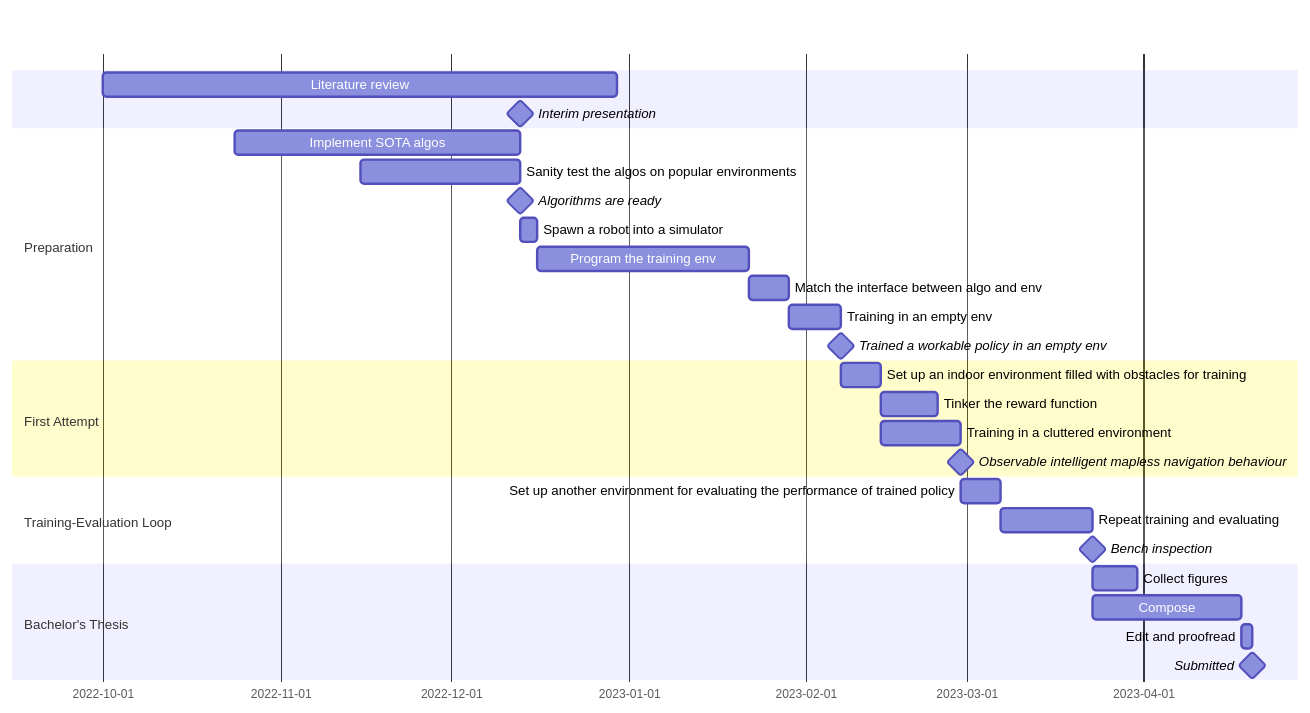
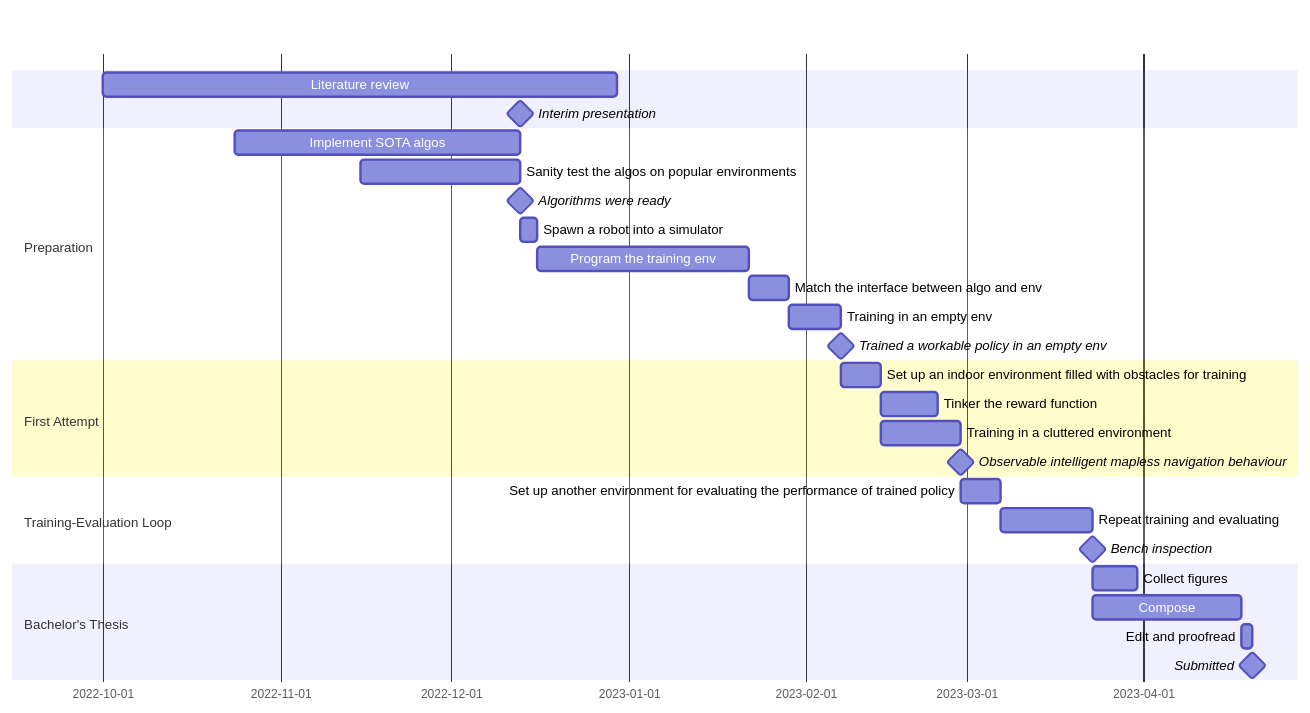
Before and after one commit to minghongx/final-year-project: the diagram in README.md, drawn with Mermaid.

Commit message:
Milestones are better articulated in past tense

````diff
--- a/README.md
+++ b/README.md
@@ -25,34 +25,34 @@
 ```mermaid
 gantt
     dateFormat  YYYY-MM-DD
 
     Literature review: literature_review, 2022-10-1, 90d
     Interim presentation: milestone, 2022-12-13,
 
     section Preparation
     Implement SOTA algos: 2022-10-24, 50d
     Sanity test the algos on popular environments: test_algo, 2022-11-15, 28d
-    Algorithms are ready : milestone, 2022-12-13, 0d
+    Algorithms were ready : milestone, 2022-12-13, 0d
     Spawn a robot into a simulator: load_robot, after test_algo, 3d
     Program the training env: program_env, after load_robot, 37d
     Match the interface between algo and env: match_interface,after program_env, 7d
     Training in an empty env: traning_in_empty_env, after match_interface, 9d
     Trained a workable policy in an empty env: milestone, 2023-2-7,
 
     section First Attempt
     Set up an indoor environment filled with obstacles for training: setup_indoor_env, after traning_in_empty_env, 7d
     Tinker the reward function: after setup_indoor_env, 10d
     Training in a cluttered environment: training_in_cluttered_env, after setup_indoor_env, 14d
     Observable intelligent mapless navigation behaviour: milestone, after training_in_cluttered_env
 
     section Training-Evaluation Loop
     Set up another environment for evaluating the performance of trained policy: setup_devel_env, after training_in_cluttered_env, 7d
     Repeat training and evaluating: train_eval, after setup_devel_env, 2023-03-23
     Bench inspection: milestone, after train_eval
 
     section Bachelor's Thesis
     Collect figures: 2023-03-23, 8d
     Compose: 2023-03-23, 2023-04-18
     Edit and proofread: 2023-04-18, 2023-04-20
     Submitted: milestone, 2023-04-20
 ```
````
